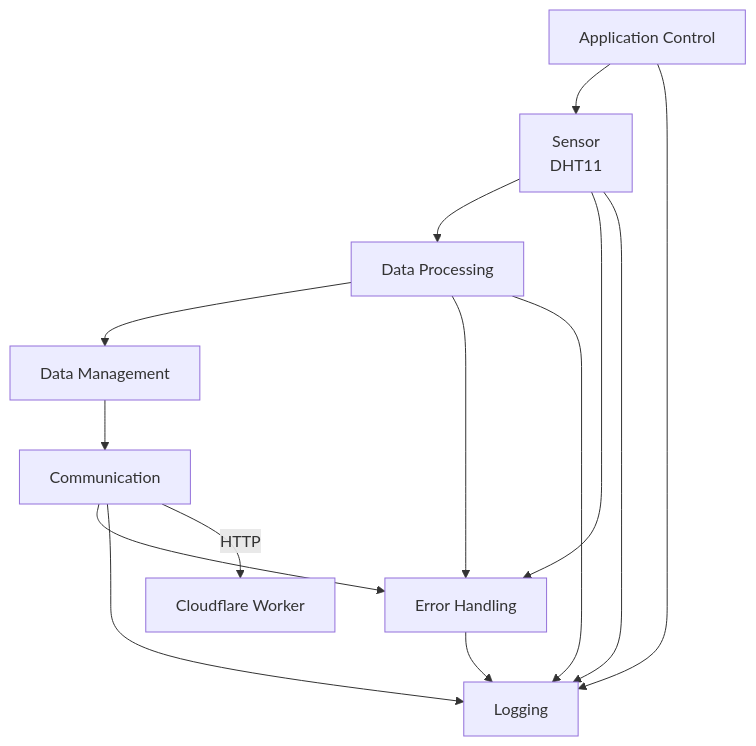
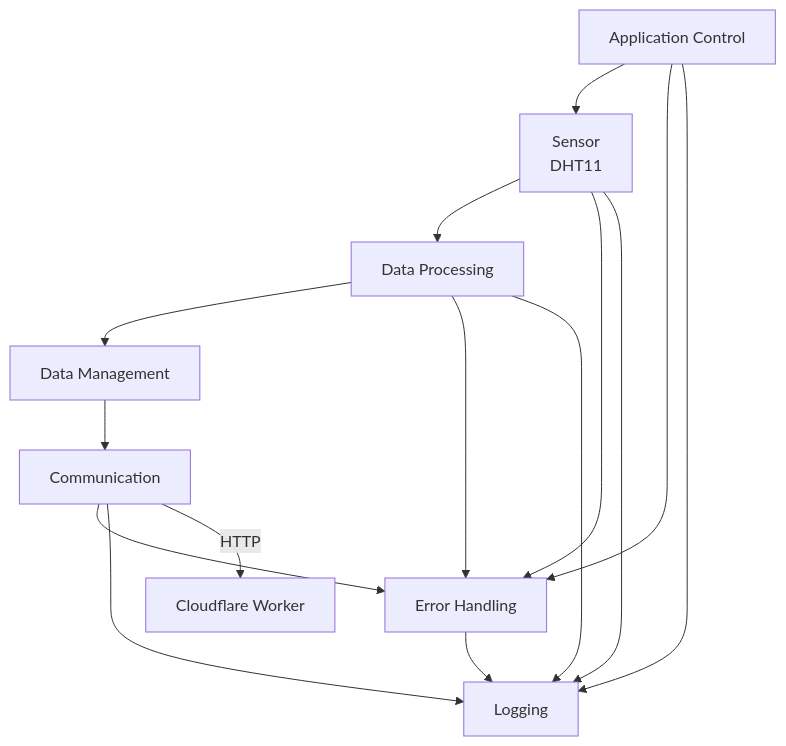
The first of 2 diagrams in docs/03_software_architecture.md (yujimasuda77777/Raspberry_Pi_4B_Edge_IoT_System), drawn with Mermaid before and after one commit. The commit also changed other lines of this file and 1 other file, not shown here.

````diff
--- a/docs/03_software_architecture.md
+++ b/docs/03_software_architecture.md
@@ -27,28 +27,29 @@
 ```mermaid
 flowchart TB
     App["Application Control"]
 
     Sensor["Sensor<br/>DHT11"]
     Process["Data Processing"]
     Data["Data Management"]
     Comm["Communication"]
     Error["Error Handling"]
     Log["Logging"]
 
     App --> Sensor
     Sensor --> Process
     Process --> Data
     Data --> Comm
 
+    App --> Error
     Sensor --> Error
     Process --> Error
     Comm --> Error
 
     App --> Log
     Sensor --> Log
     Process --> Log
     Comm --> Log
     Error --> Log
 
     Comm -->|HTTP| Worker["Cloudflare Worker"]
 ```
````
